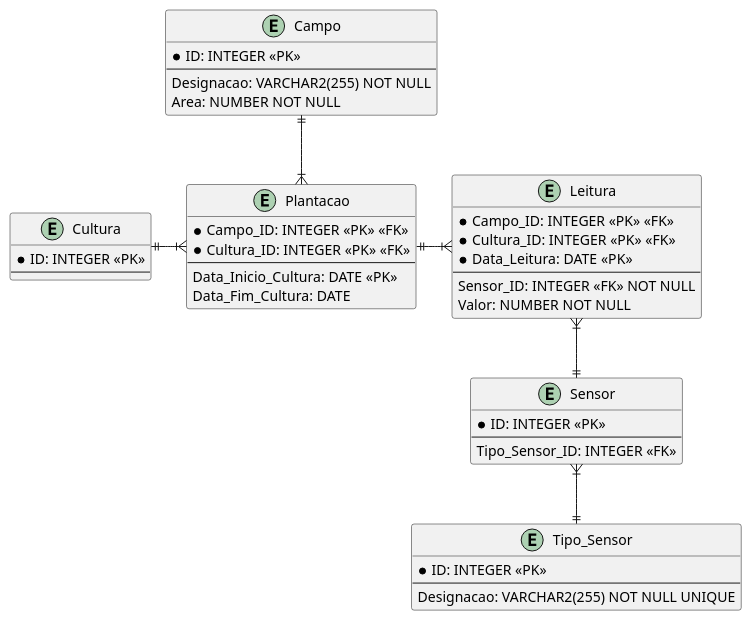
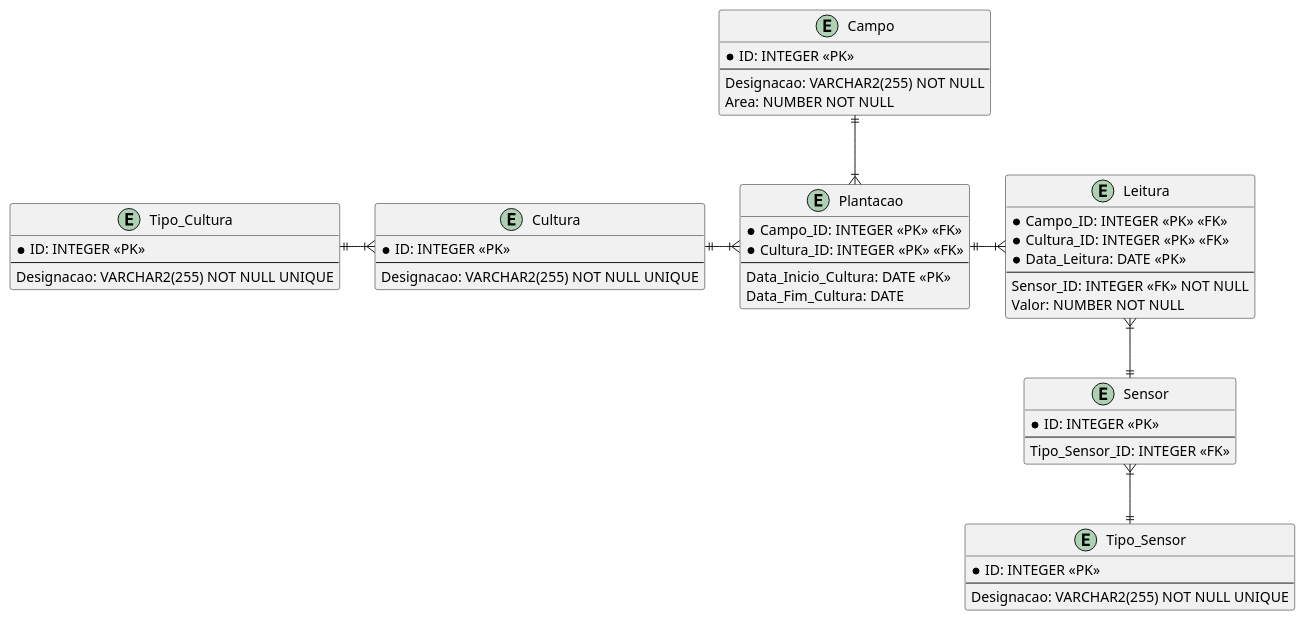
One commit to Mendoncaa/LAPR3 changed the diagram in BDDAD/Quinta-Estatística.puml. Above: the diagram before and after it, drawn with PlantUML. The commit also changed 3 other files, not shown here.

```diff
--- a/BDDAD/Quinta-Estatística.puml
+++ b/BDDAD/Quinta-Estatística.puml
@@ -1,63 +1,72 @@
 @startuml Quinta-Estatística
 
 /'TODO #1:- Verificar se a Designação de um Campo é única e se estas 
 devem seguir um conjunto de regras;'/
 /'TODO #2:- Determinar o valor minímo de uma qualquer Área;'/
 /'Constraints:- [[Area, CHECK(Area > Mínimo)]]'/
 entity Campo {
     * ID: INTEGER <<PK>>
     --
     Designacao: VARCHAR2(255) NOT NULL
     Area: NUMBER NOT NULL
 }
 
 /'Triggers:-
     #1: Verificar que uma Cultura não é simultaneamente uma Cultura_Temporaria
     e Cultura_Permanente;'/
 entity Cultura {
     * ID: INTEGER <<PK>>
     --
+    Designacao: VARCHAR2(255) NOT NULL UNIQUE
+}
+
+entity Tipo_Cultura {
+    * ID: INTEGER <<PK>>
+    --
+    Designacao: VARCHAR2(255) NOT NULL UNIQUE
 }
 
 /'Constraints:- [[Campo_ID, Data_Inicio_Cultura, UNIQUE(Campo_ID, Data_Inicio_Cultura)], 
 [Data_Fim_Cultura, CHECK(Data_Fim_Cultura < Data_Inicio_Cultura)]]'/
 entity Plantacao {
     * Campo_ID: INTEGER <<PK>> <<FK>>
     * Cultura_ID: INTEGER <<PK>> <<FK>>
     --
     Data_Inicio_Cultura: DATE <<PK>>
     Data_Fim_Cultura: DATE
 }
 
 entity Tipo_Sensor {
     * ID: INTEGER <<PK>>
     --
     Designacao: VARCHAR2(255) NOT NULL UNIQUE
 }
 
 entity Sensor {
     * ID: INTEGER <<PK>>
     --
     Tipo_Sensor_ID: INTEGER <<FK>> 
 }
 
 entity Leitura {
     * Campo_ID: INTEGER <<PK>> <<FK>>
     * Cultura_ID: INTEGER <<PK>> <<FK>>
     * Data_Leitura: DATE <<PK>>
     --
     Sensor_ID: INTEGER <<FK>> NOT NULL
     Valor: NUMBER NOT NULL
 }
 
 Campo ||-d-|{ Plantacao
 
 Cultura ||-r-|{ Plantacao
 
 Plantacao ||-r-|{ Leitura
 
+Cultura }|-l-|| Tipo_Cultura 
+
 Tipo_Sensor ||-u-|{ Sensor
 
 Sensor ||-u-|{ Leitura
 
 @enduml
```
